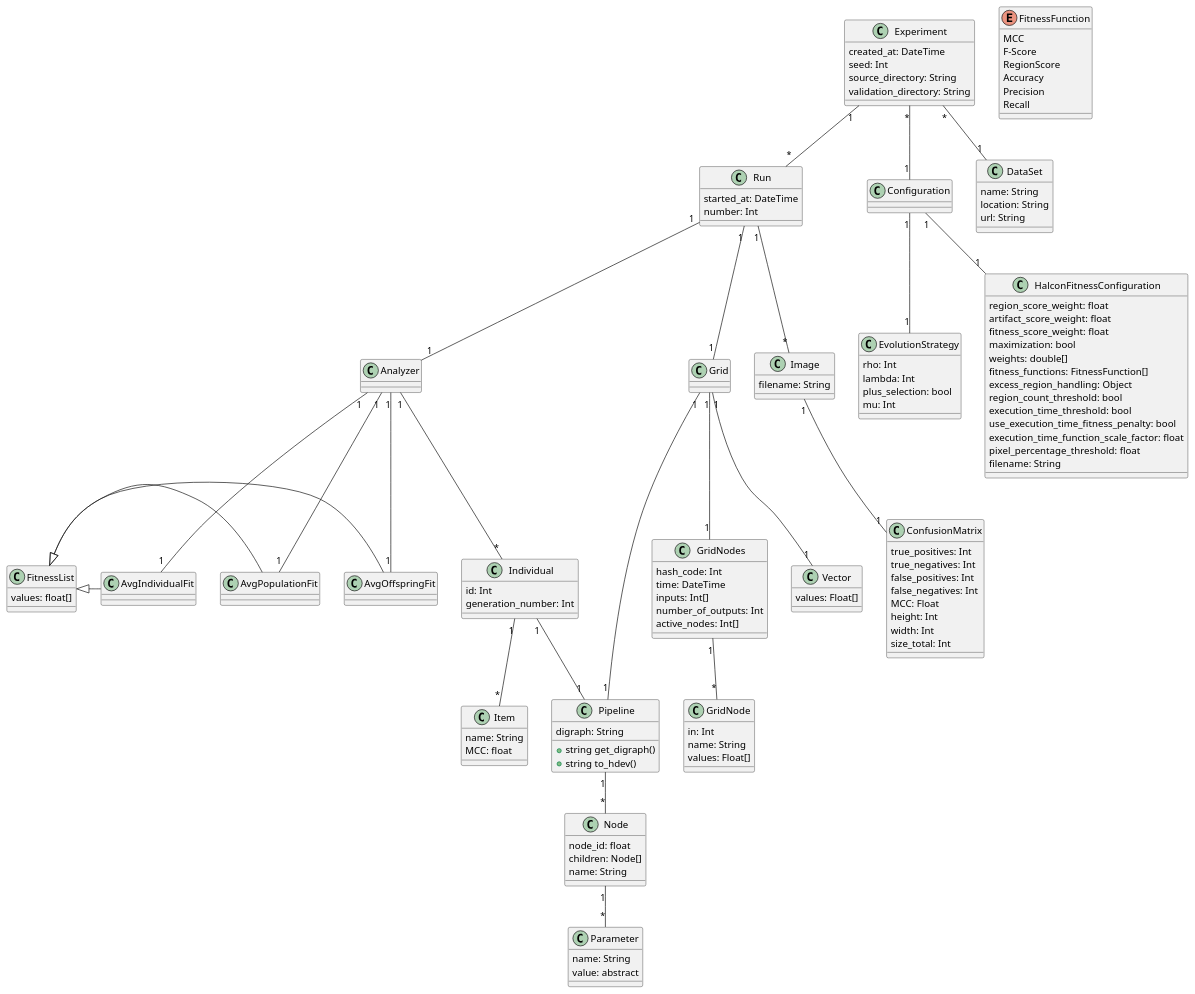
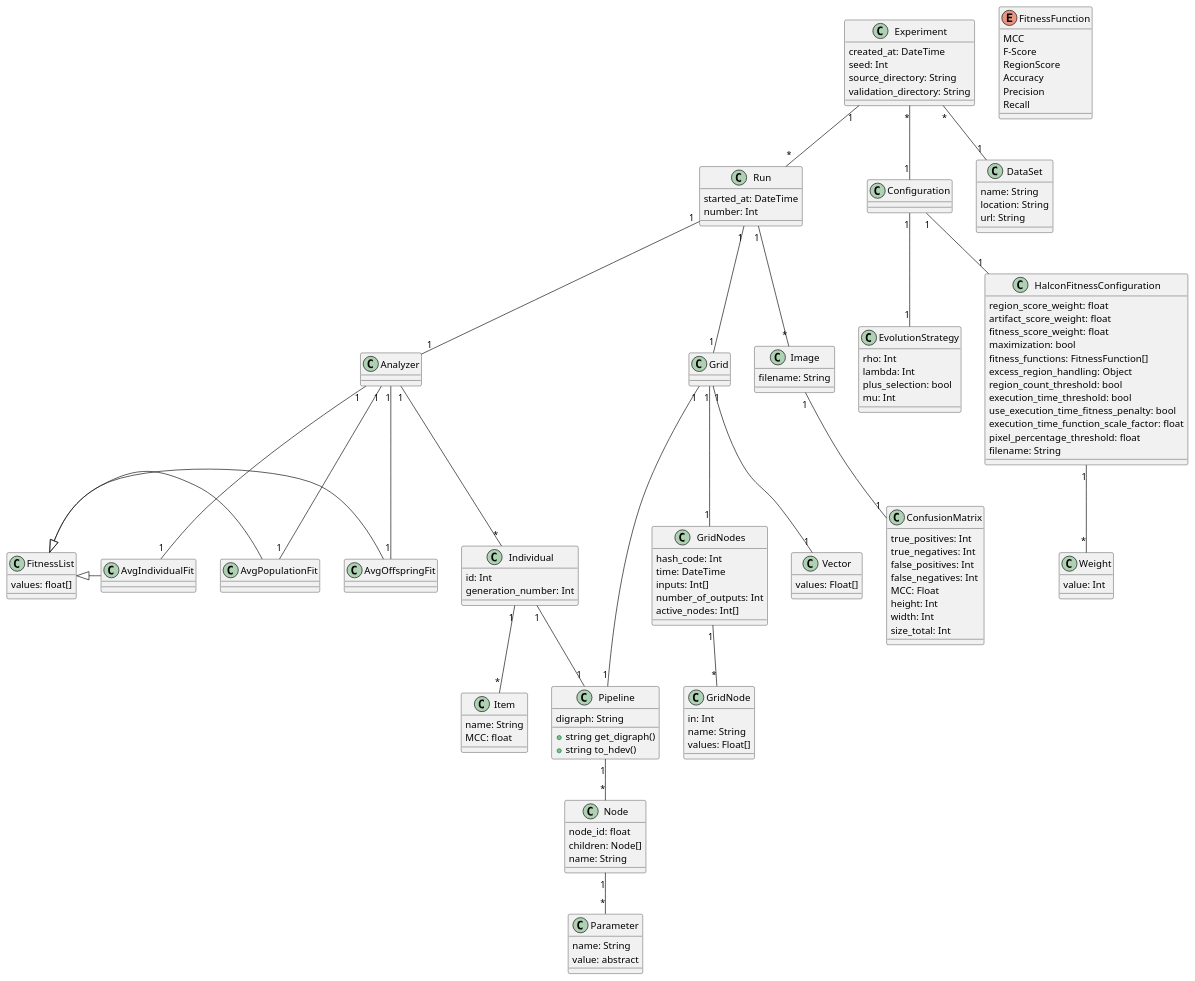
Before and after one commit to anmarchio/experiments: the diagram in diagrams/DataModel.md, drawn with PlantUML.

```diff
--- a/diagrams/DataModel.md
+++ b/diagrams/DataModel.md
@@ -29,7 +29,6 @@
   artifact_score_weight: float
   fitness_score_weight: float
   maximization: bool
-  weights: double[]
   fitness_functions: FitnessFunction[]
   excess_region_handling: Object
   region_count_threshold: bool
@@ -38,6 +37,10 @@
   execution_time_function_scale_factor: float
   pixel_percentage_threshold: float
   filename: String
+}
+
+class Weight{
+  value: Int
 }
 
 enum FitnessFunction {
@@ -136,6 +139,7 @@
 
 Configuration "1" -- "1" HalconFitnessConfiguration
 Configuration "1" -- "1" EvolutionStrategy
+HalconFitnessConfiguration "1" -- "*" Weight
 
 Analyzer "1" -- "1" AvgOffspringFit 
 Analyzer "1" -- "1" AvgPopulationFit
```
